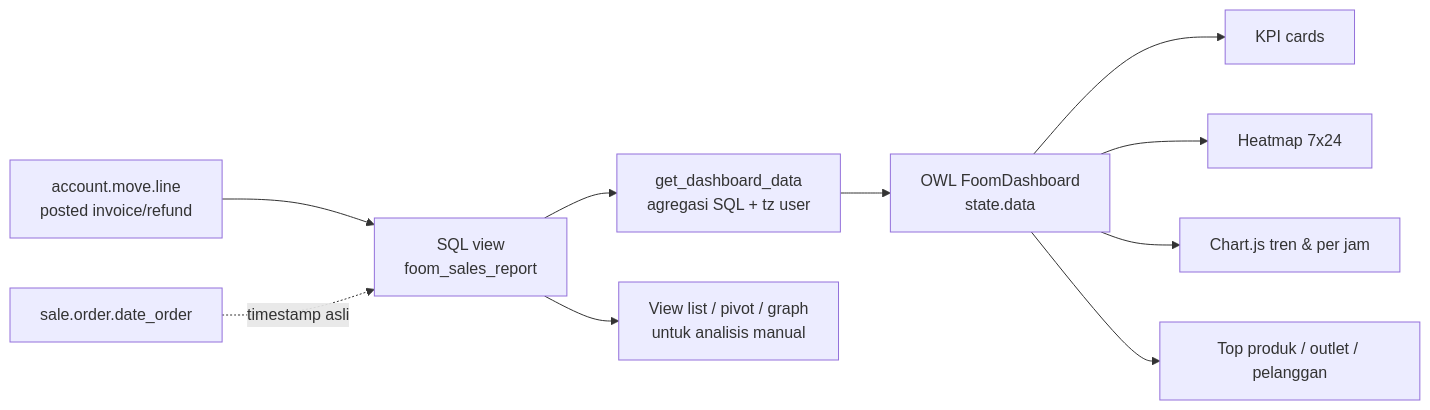
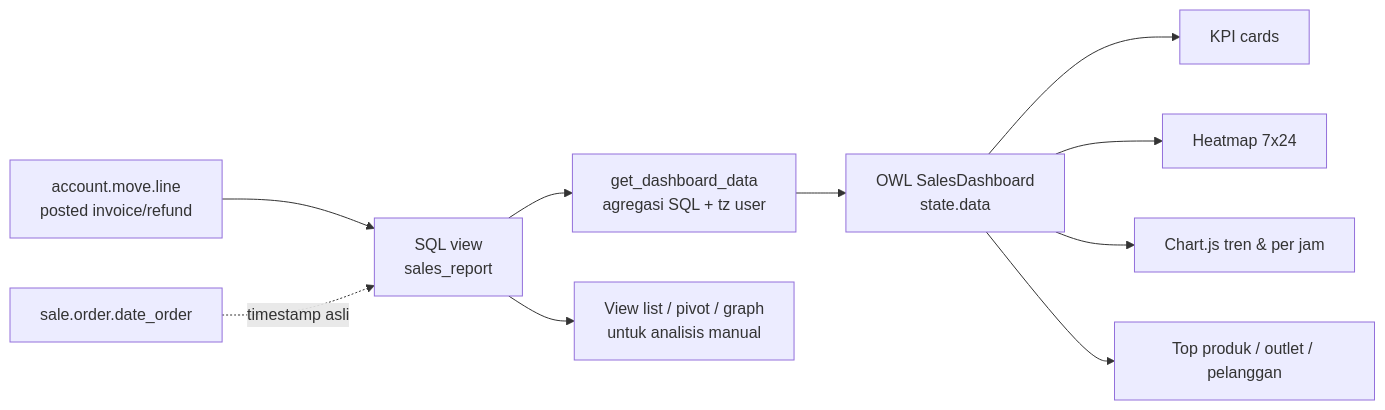
The diagram in sales_dashboard/.spec/features/sales-dashboard/design.md (alvanochi/odoo-palawi), drawn with Mermaid before and after one commit. The commit also changed other lines of this file and 14 other files, not shown here.

First line of the commit message:
feat: sales_dashboard POS source, sales tax, remove FOOM naming

````diff
--- a/sales_dashboard/.spec/features/sales-dashboard/design.md
+++ b/sales_dashboard/.spec/features/sales-dashboard/design.md
@@ -171,12 +171,12 @@
 ```mermaid
 flowchart LR
-    A[account.move.line<br/>posted invoice/refund] --> B[SQL view<br/>foom_sales_report]
+    A[account.move.line<br/>posted invoice/refund] --> B[SQL view<br/>sales_report]
     S[sale.order.date_order] -.timestamp asli.-> B
     B --> C[get_dashboard_data<br/>agregasi SQL + tz user]
-    C --> D[OWL FoomDashboard<br/>state.data]
+    C --> D[OWL SalesDashboard<br/>state.data]
     D --> E1[KPI cards]
     D --> E2[Heatmap 7x24]
     D --> E3[Chart.js tren & per jam]
     D --> E4[Top produk / outlet / pelanggan]
     B --> F[View list / pivot / graph<br/>untuk analisis manual]
 ```
````
